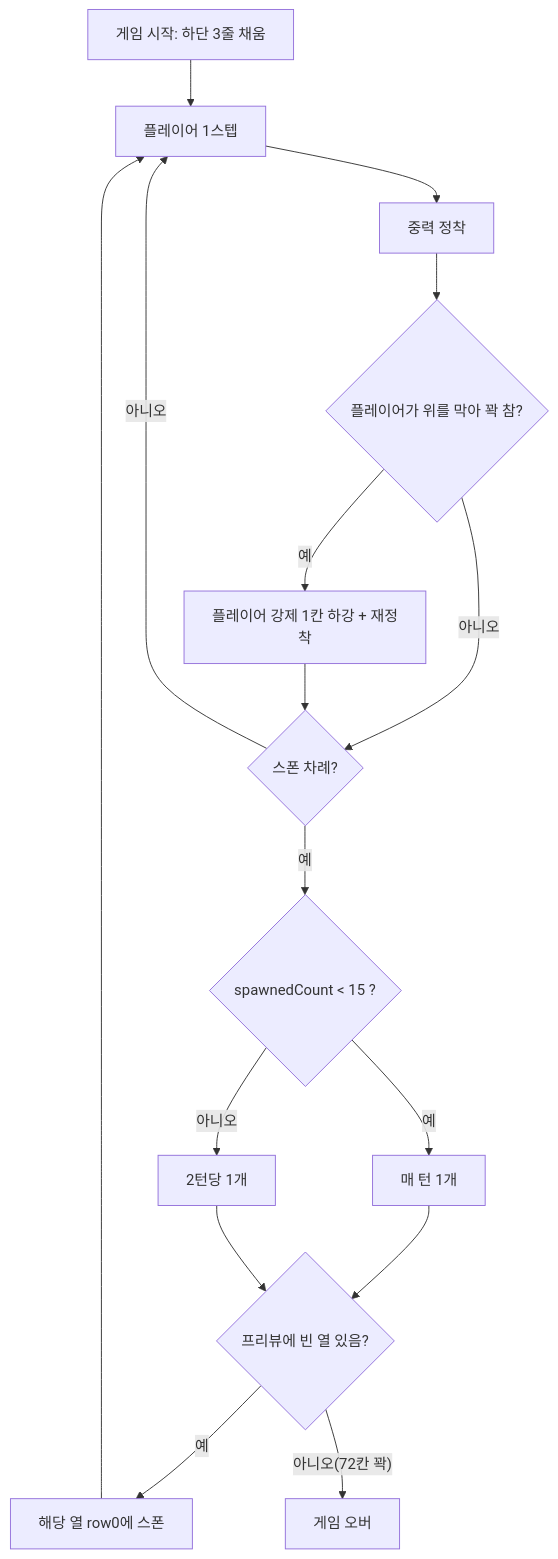
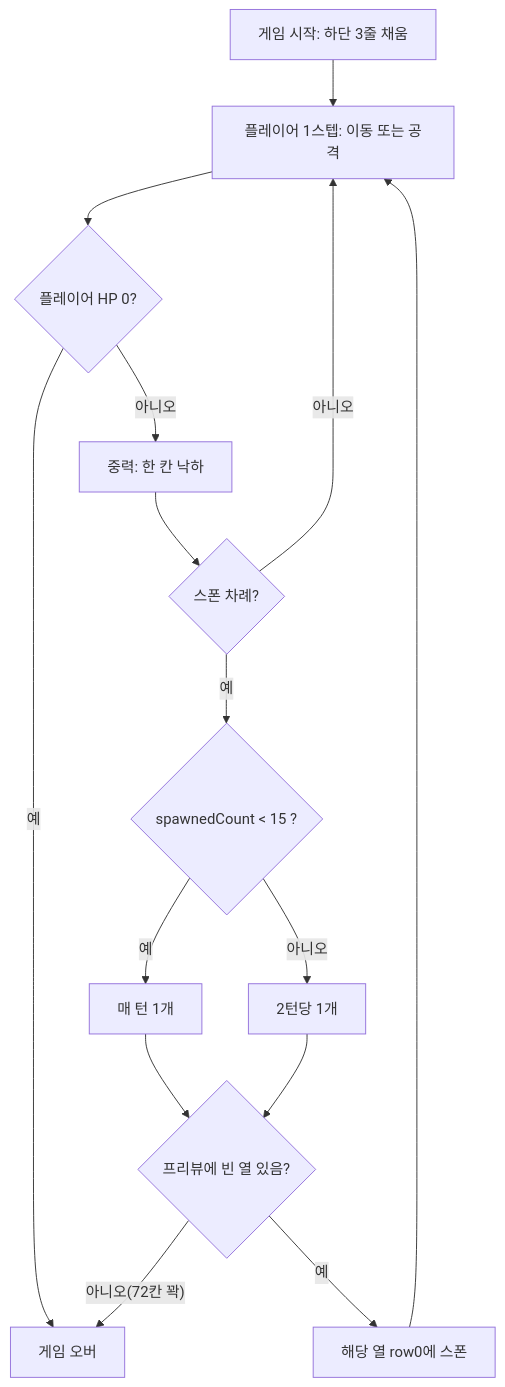
One commit to parkseonghee/Capstone-Design changed the diagram in Assets/md File/WEEK1_MOVEMENT_FALLING.md. Above: the diagram before and after it, drawn with Mermaid. The commit also changed other lines of this file and 83 other files, not shown here.

````diff
--- a/Assets/md File/WEEK1_MOVEMENT_FALLING.md
+++ b/Assets/md File/WEEK1_MOVEMENT_FALLING.md
@@ -151,17 +160,16 @@
 ```mermaid
 flowchart TD
-  A[게임 시작: 하단 3줄 채움] --> B[플레이어 1스텝]
-  B --> G[중력 정착]
-  G --> P{플레이어가 위를 막아 꽉 참?}
-  P -- 예 --> F[플레이어 강제 1칸 하강 + 재정착]
-  P -- 아니오 --> S
-  F --> S{스폰 차례?}
+  A[게임 시작: 하단 3줄 채움] --> B[플레이어 1스텝: 이동 또는 공격]
+  B --> H{플레이어 HP 0?}
+  H -- 예 --> O
+  H -- 아니오 --> G[중력: 한 칸 낙하]
+  G --> S{스폰 차례?}
   S -- 아니오 --> B
   S -- 예 --> C{spawnedCount < 15 ?}
   C -- 예 --> S1[매 턴 1개]
   C -- 아니오 --> S2[2턴당 1개]
   S1 --> Q{프리뷰에 빈 열 있음?}
   S2 --> Q
   Q -- 예 --> D[해당 열 row0에 스폰] --> B
   Q -- 아니오(72칸 꽉) --> O[게임 오버]
 ```
````
